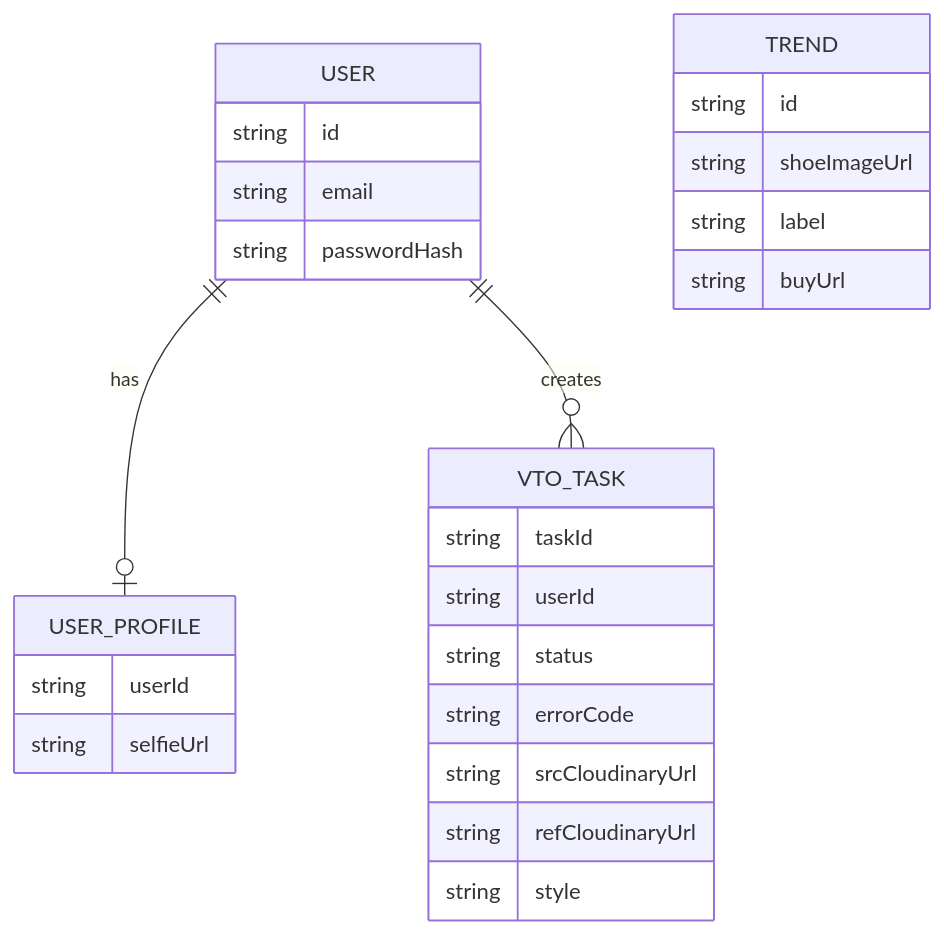
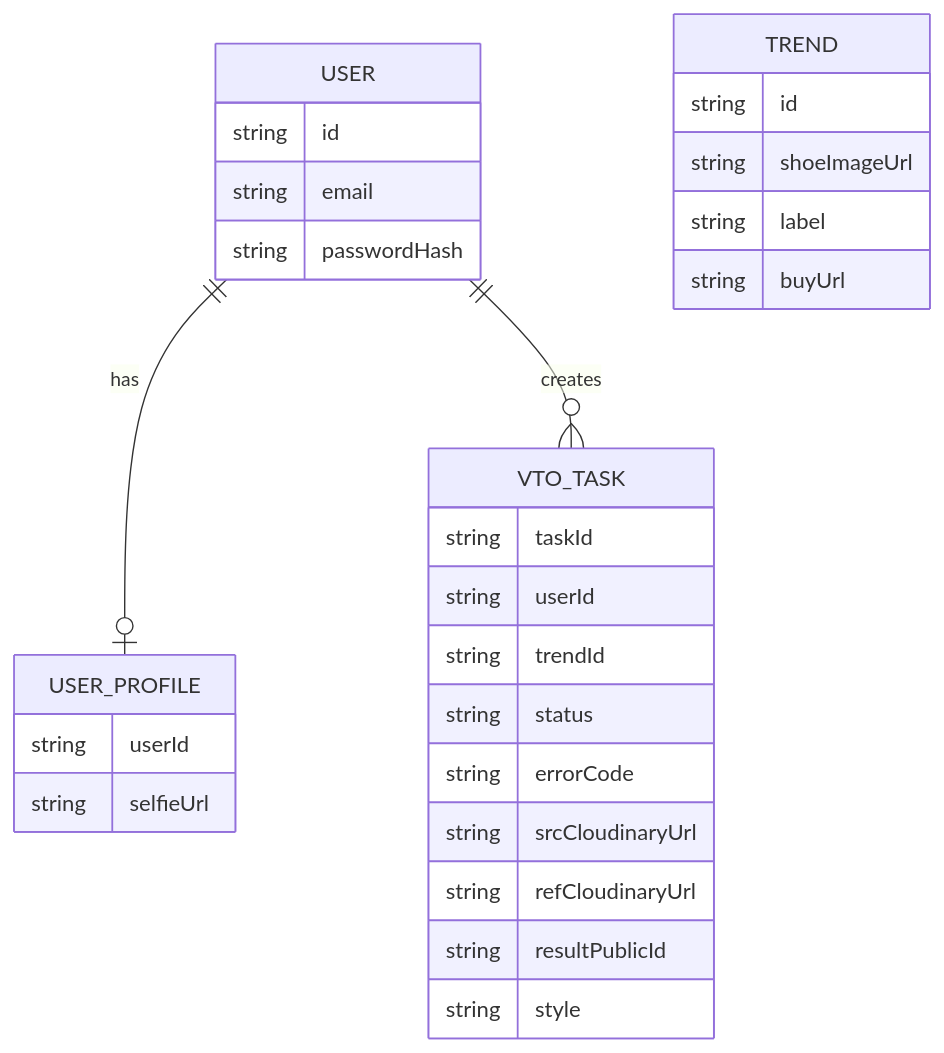
The third of 3 diagrams in _bmad-output/planning-artifacts/architecture/architecture-whattheheel-2026-08-16/ARCHITECTURE-SPINE.md (ujsolon/whattheheel), drawn with Mermaid before and after one commit. The commit also changed other lines of this file and 15 other files, not shown here.

````diff
--- a/_bmad-output/planning-artifacts/architecture/architecture-whattheheel-2026-08-16/ARCHITECTURE-SPINE.md
+++ b/_bmad-output/planning-artifacts/architecture/architecture-whattheheel-2026-08-16/ARCHITECTURE-SPINE.md
@@ -159,29 +165,31 @@
 ```mermaid
 erDiagram
   USER ||--o| USER_PROFILE : has
   USER ||--o{ VTO_TASK : creates
   USER {
     string id
     string email
     string passwordHash
   }
   USER_PROFILE {
     string userId
     string selfieUrl
   }
   VTO_TASK {
     string taskId
     string userId
+    string trendId
     string status
     string errorCode
     string srcCloudinaryUrl
     string refCloudinaryUrl
+    string resultPublicId
     string style
   }
   TREND {
     string id
     string shoeImageUrl
     string label
     string buyUrl
   }
 ```
````
